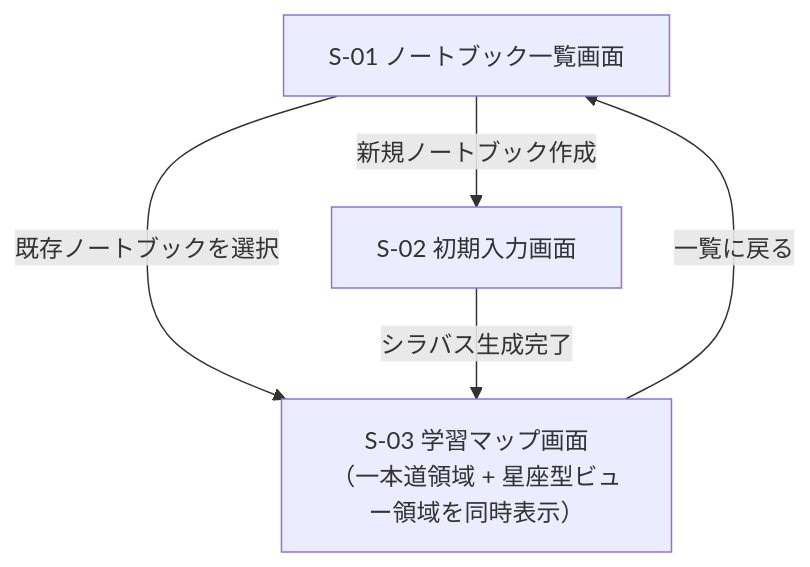
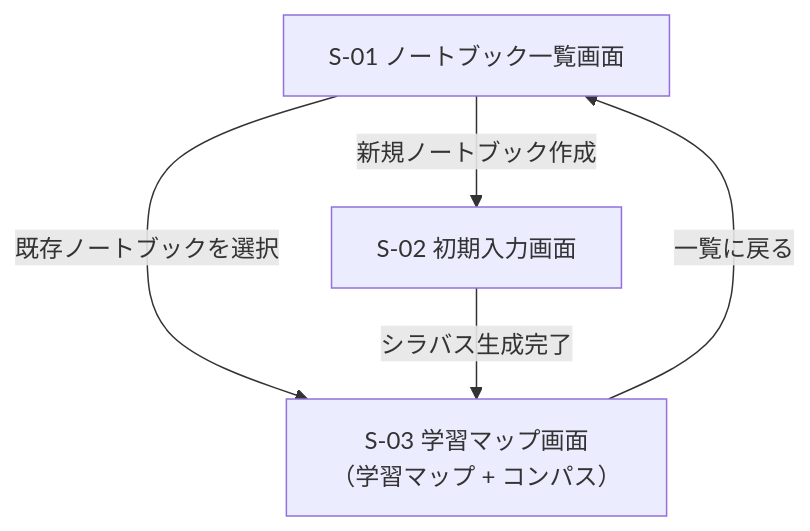
Before and after one commit to ryuma-1/Campass: the fourth of 5 diagrams in doc/basic_design.md, drawn with Mermaid. The commit also changed other lines of this file and 2 other files, not shown here.

First line of the commit message:
docs: replace linear roadmap with learning map and compass

````diff
--- a/doc/basic_design.md
+++ b/doc/basic_design.md
@@ -100,11 +102,11 @@
 ```mermaid
 graph TD
     S01[S-01 ノートブック一覧画面]
     S02[S-02 初期入力画面]
-    S03["S-03 学習マップ画面<br/>（一本道領域 + 星座型ビュー領域を同時表示）"]
+    S03["S-03 学習マップ画面<br/>（学習マップ + コンパス）"]
 
     S01 -->|新規ノートブック作成| S02
     S01 -->|既存ノートブックを選択| S03
     S02 -->|シラバス生成完了| S03
     S03 -->|一覧に戻る| S01
 ```
````
